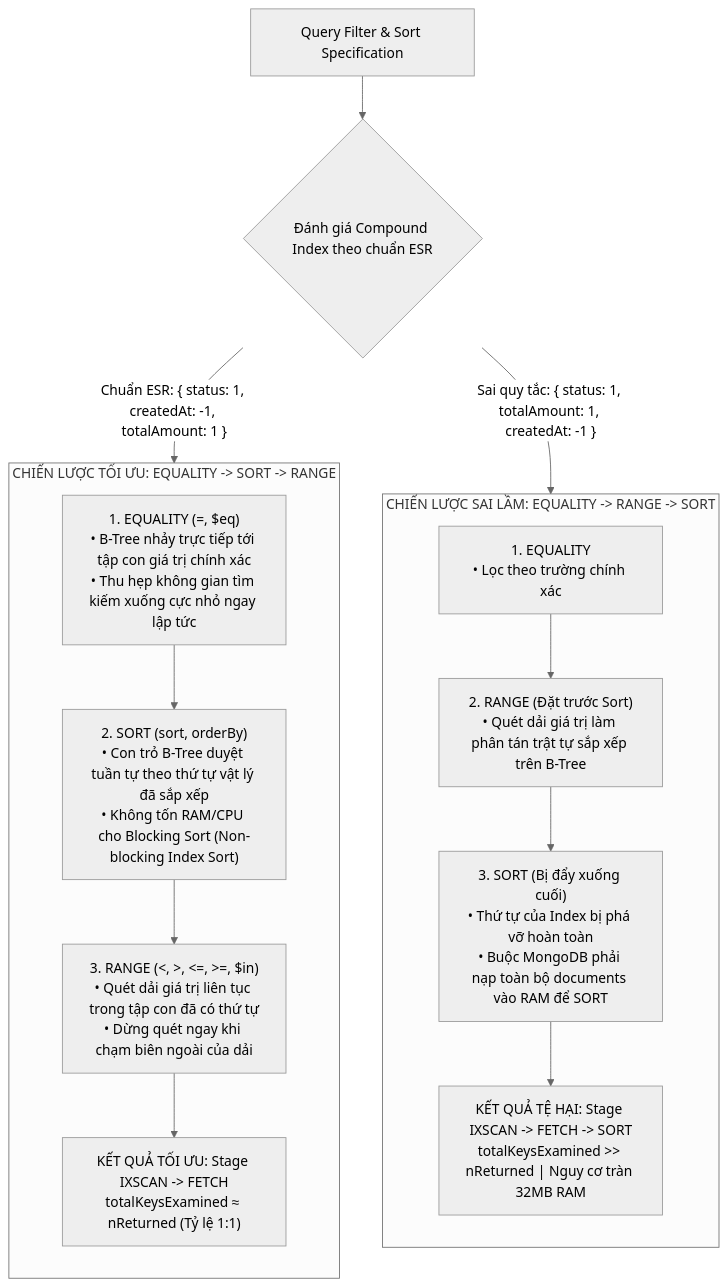
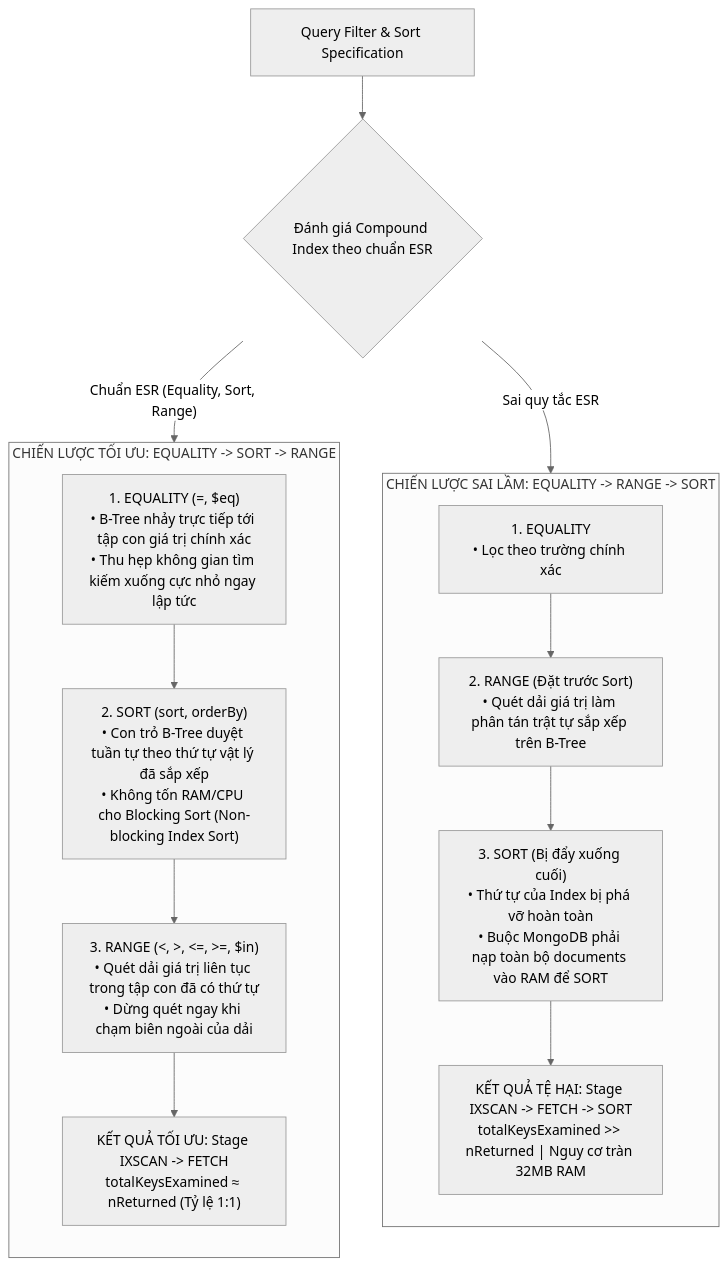
The fifth of 7 diagrams in Backend/Database & Storage/02. NoSQL & MongoDB Deep Dive/Bài 01 - MongoDB Architecture, Data Modeling & Aggregation.md (hydragon2m/docs), drawn with Mermaid (neutral theme) before and after one commit. The commit also changed other lines of this file and 3 other files, not shown here.

````diff
--- a/Backend/Database & Storage/02. NoSQL & MongoDB Deep Dive/Bài 01 - MongoDB Architecture, Data Modeling & Aggregation.md
+++ b/Backend/Database & Storage/02. NoSQL & MongoDB Deep Dive/Bài 01 - MongoDB Architecture, Data Modeling & Aggregation.md
@@ -168,27 +168,27 @@
 ```mermaid
 flowchart TD
     Query["Query Filter & Sort Specification"] --> Decision{"Đánh giá Compound Index theo chuẩn ESR"}
 
     subgraph OptimalFlow["CHIẾN LƯỢC TỐI ƯU: EQUALITY -> SORT -> RANGE"]
         direction TB
         E["1. EQUALITY (=, $eq)<br/>• B-Tree nhảy trực tiếp tới tập con giá trị chính xác<br/>• Thu hẹp không gian tìm kiếm xuống cực nhỏ ngay lập tức"]
         S["2. SORT (sort, orderBy)<br/>• Con trỏ B-Tree duyệt tuần tự theo thứ tự vật lý đã sắp xếp<br/>• Không tốn RAM/CPU cho Blocking Sort (Non-blocking Index Sort)"]
         R["3. RANGE (<, >, <=, >=, $in)<br/>• Quét dải giá trị liên tục trong tập con đã có thứ tự<br/>• Dừng quét ngay khi chạm biên ngoài của dải"]
         E --> S --> R
         ResultOpt["KẾT QUẢ TỐI ƯU: Stage IXSCAN -> FETCH<br/>totalKeysExamined ≈ nReturned (Tỷ lệ 1:1)"]
         R --> ResultOpt
     end
 
     subgraph BadFlow["CHIẾN LƯỢC SAI LẦM: EQUALITY -> RANGE -> SORT"]
         direction TB
         BadE["1. EQUALITY<br/>• Lọc theo trường chính xác"]
         BadR["2. RANGE (Đặt trước Sort)<br/>• Quét dải giá trị làm phân tán trật tự sắp xếp trên B-Tree"]
         BadS["3. SORT (Bị đẩy xuống cuối)<br/>• Thứ tự của Index bị phá vỡ hoàn toàn<br/>• Buộc MongoDB phải nạp toàn bộ documents vào RAM để SORT"]
         BadE --> BadR --> BadS
         ResultBad["KẾT QUẢ TỆ HẠI: Stage IXSCAN -> FETCH -> SORT<br/>totalKeysExamined >> nReturned | Nguy cơ tràn 32MB RAM"]
         BadS --> ResultBad
     end
 
-    Decision -->|"Chuẩn ESR: { status: 1, createdAt: -1, totalAmount: 1 }"| OptimalFlow
-    Decision -->|"Sai quy tắc: { status: 1, totalAmount: 1, createdAt: -1 }"| BadFlow
+    Decision -->|"Chuẩn ESR (Equality, Sort, Range)"| OptimalFlow
+    Decision -->|"Sai quy tắc ESR"| BadFlow
 ```
````
